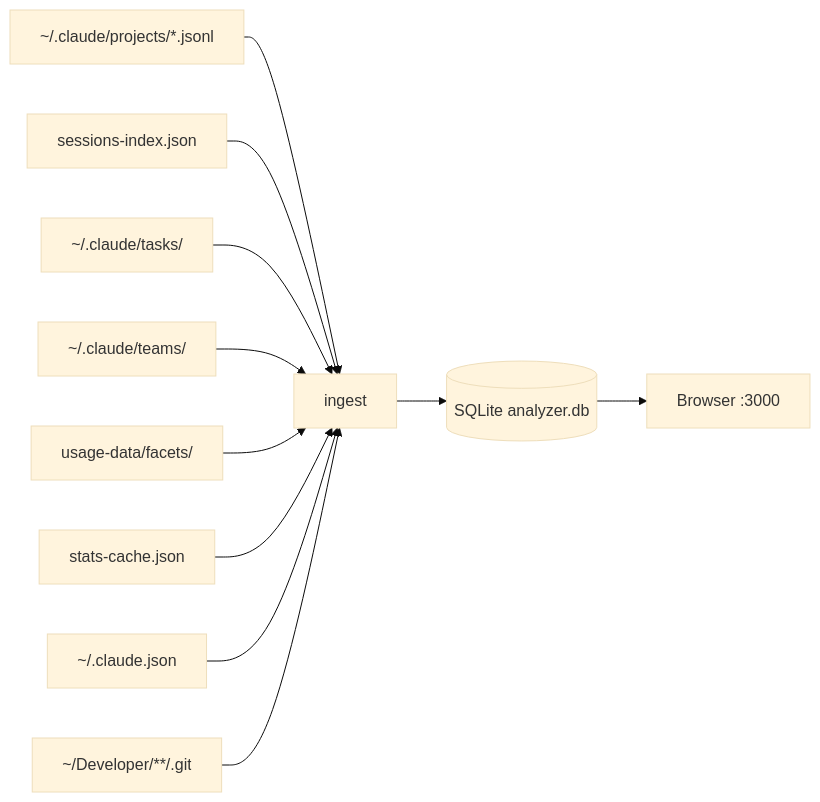
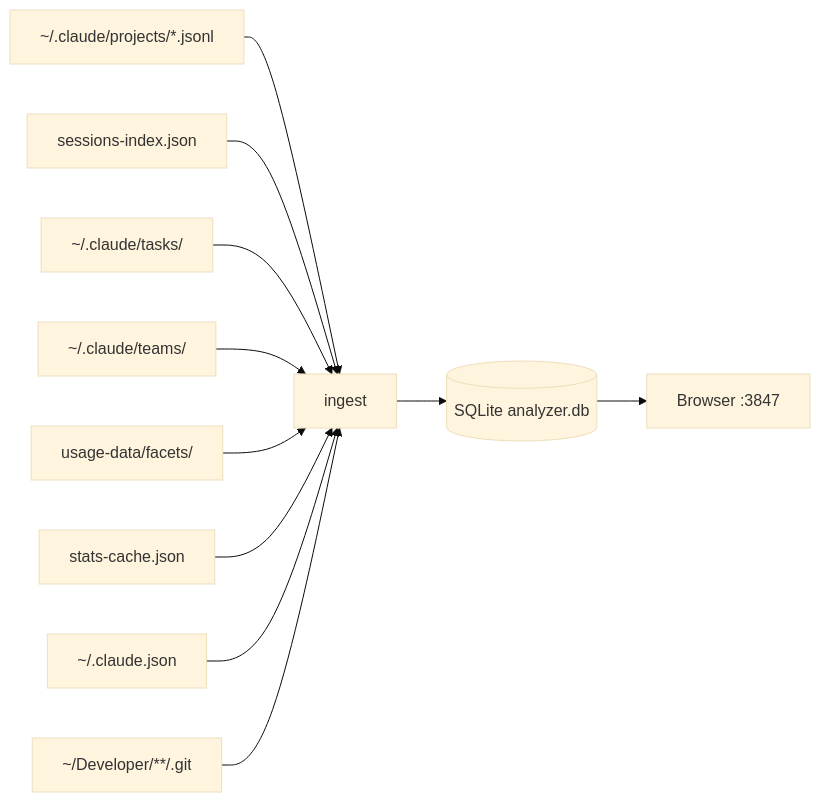
The diagram in README.md (ramonclaudio/ccbase), drawn with Mermaid (base theme) before and after one commit. The commit also changed other lines of this file, not shown here.

````diff
--- a/README.md
+++ b/README.md
@@ -158,13 +149,13 @@
 ```mermaid
 graph LR
     A["~/.claude/projects/*.jsonl"] --> I["ingest"]
     B["sessions-index.json"] --> I
     C["~/.claude/tasks/"] --> I
     D["~/.claude/teams/"] --> I
     E["usage-data/facets/"] --> I
     F["stats-cache.json"] --> I
     G["~/.claude.json"] --> I
     H["~/Developer/**/.git"] --> I
     I --> DB[("SQLite analyzer.db")]
-    DB --> S["Browser :3000"]
+    DB --> S["Browser :3847"]
 ```
````
